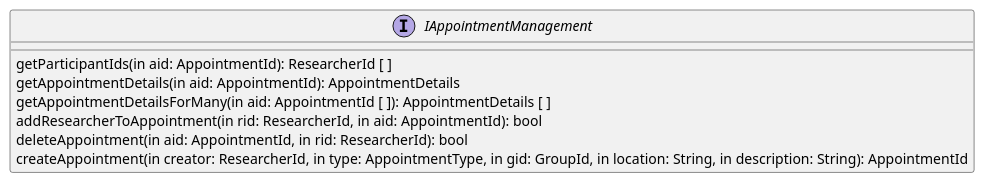
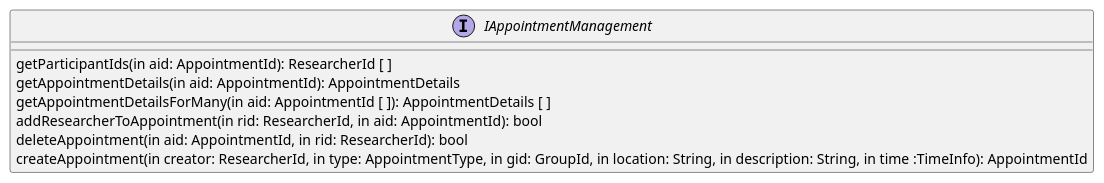
Before and after one commit to bugagashen6ka/quark: the third of 4 diagrams in doc/ch6-comp-interaction/business-interfaces.org, drawn with PlantUML.

Commit message:
Update business interface specification

```diff
--- a/doc/ch6-comp-interaction/business-interfaces.org
+++ b/doc/ch6-comp-interaction/business-interfaces.org
@@ -38,10 +38,10 @@
   #+begin_src plantuml :file ./iappointment_management.png
   interface IAppointmentManagement {
     getParticipantIds(in aid: AppointmentId): ResearcherId [ ]
     getAppointmentDetails(in aid: AppointmentId): AppointmentDetails
     getAppointmentDetailsForMany(in aid: AppointmentId [ ]): AppointmentDetails [ ]
     addResearcherToAppointment(in rid: ResearcherId, in aid: AppointmentId): bool
     deleteAppointment(in aid: AppointmentId, in rid: ResearcherId): bool
-    createAppointment(in creator: ResearcherId, in type: AppointmentType, in gid: GroupId, in location: String, in description: String): AppointmentId
+    createAppointment(in creator: ResearcherId, in type: AppointmentType, in gid: GroupId, in location: String, in description: String, in time :TimeInfo): AppointmentId
   }
   #+END_src
```
